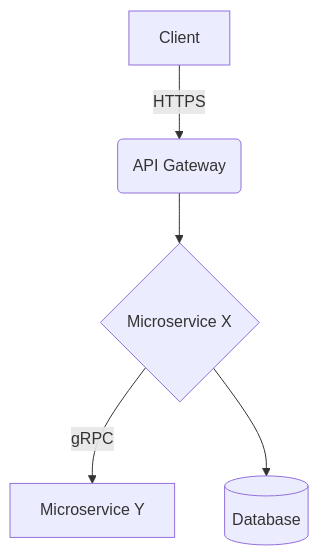
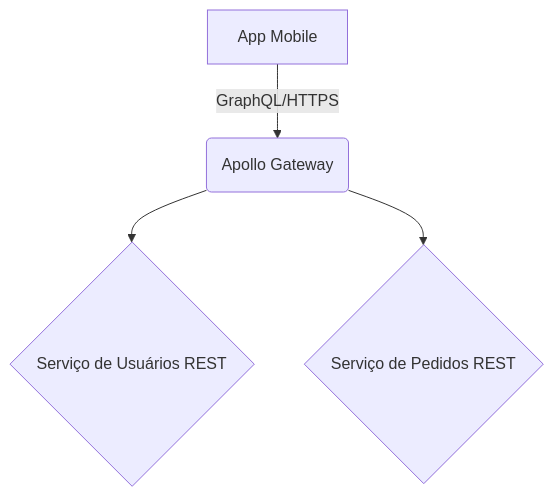
The diagram in templates/arquitetural.md (thiagovinigo/agile-coach-ai), drawn with Mermaid before and after one commit. The commit also changed other lines of this file and 8 other files, not shown here.

````diff
--- a/templates/arquitetural.md
+++ b/templates/arquitetural.md
@@ -28,7 +49,6 @@
 ```mermaid
 graph TD
-    A[Client] -->|HTTPS| B(API Gateway)
-    B --> C{Microservice X}
-    C -->|gRPC| D[Microservice Y]
-    C --> E[(Database)]
+    A[App Mobile] -->|GraphQL/HTTPS| B(Apollo Gateway)
+    B --> C{Serviço de Usuários REST}
+    B --> D{Serviço de Pedidos REST}
 ```
````
